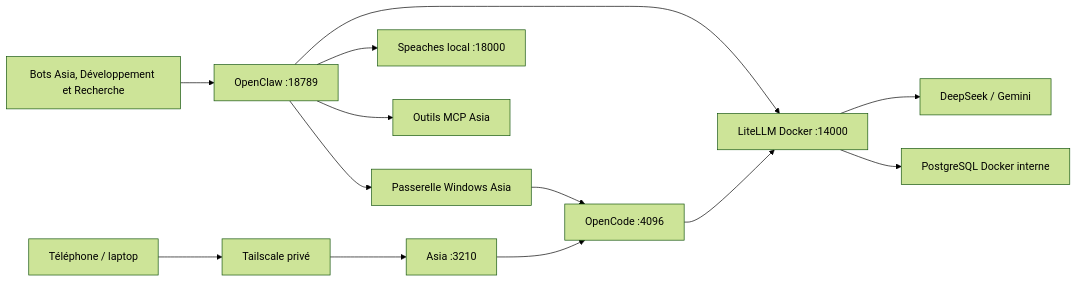
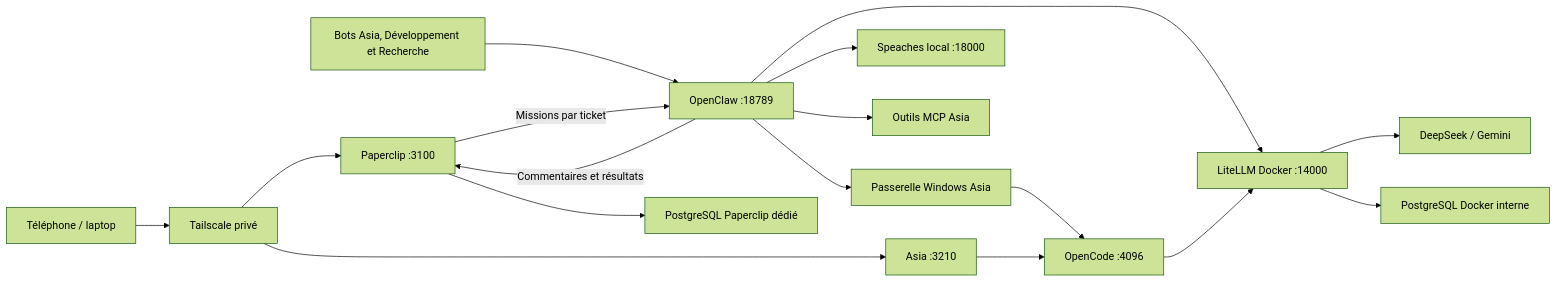
One commit to Abdourahmandev/Platforme_agentique changed the diagram in README.md. Above: the diagram before and after it, drawn with Mermaid (forest theme). The commit also changed other lines of this file and 18 other files, not shown here.

````diff
--- a/README.md
+++ b/README.md
@@ -15,15 +15,19 @@
 ```mermaid
 flowchart LR
     Browser[Téléphone / laptop] --> Tailscale[Tailscale privé]
     Tailscale --> Asia[Asia :3210]
     Telegram[Bots Asia, Développement et Recherche] --> Claw[OpenClaw :18789]
     Claw --> Speech[Speaches local :18000]
     Claw --> MCP[Outils MCP Asia]
     Claw --> LiteLLM[LiteLLM Docker :14000]
+    Tailscale --> Paperclip[Paperclip :3100]
+    Paperclip -->|Missions par ticket| Claw
+    Claw -->|Commentaires et résultats| Paperclip
+    Paperclip --> PaperDB[PostgreSQL Paperclip dédié]
     Claw --> Bridge[Passerelle Windows Asia]
     Bridge --> OpenCode
     Asia --> OpenCode[OpenCode :4096]
     OpenCode --> LiteLLM
     LiteLLM --> Providers[DeepSeek / Gemini]
     LiteLLM --> PostgreSQL[PostgreSQL Docker interne]
 ```
````
